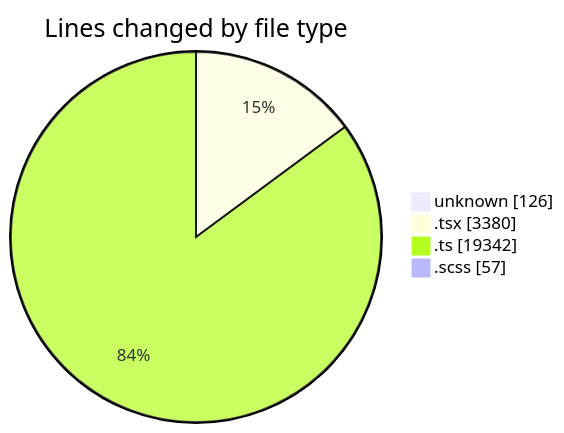
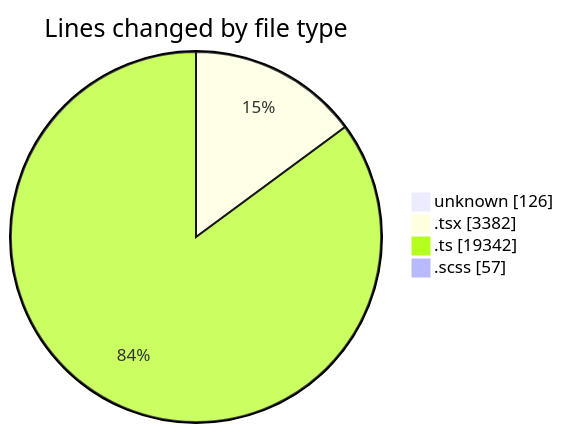
One commit to momahboobian/code-tracking changed the first of 2 diagrams in 2026-09-23/cda/README.md. Above: the diagram before and after it, drawn with Mermaid. The commit also changed other lines of this file and 1 other file, not shown here.

````diff
--- a/2026-09-23/cda/README.md
+++ b/2026-09-23/cda/README.md
@@ -38,8 +39,8 @@
 ```mermaid
 pie showData
 title Lines changed by file type
 "unknown" : 126
-".tsx" : 3380
+".tsx" : 3382
 ".ts" : 19342
 ".scss" : 57
 ```
````
